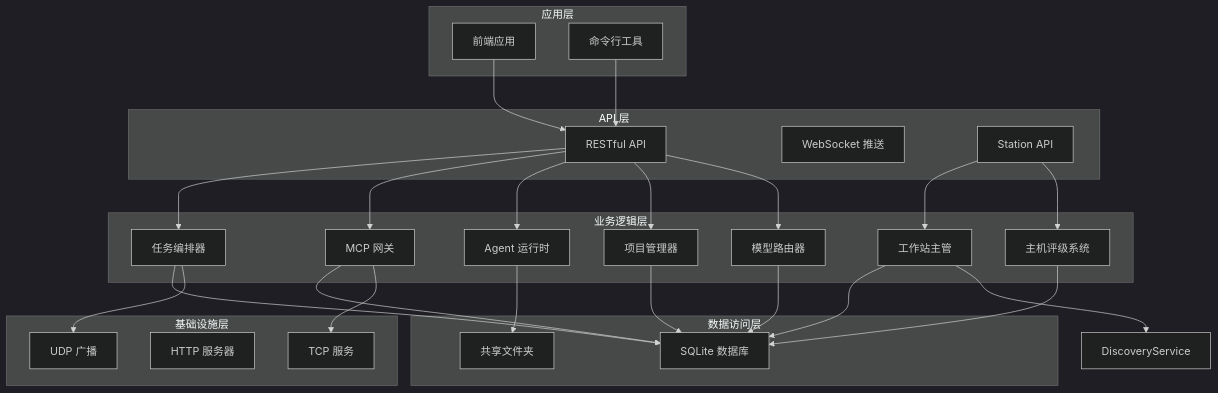
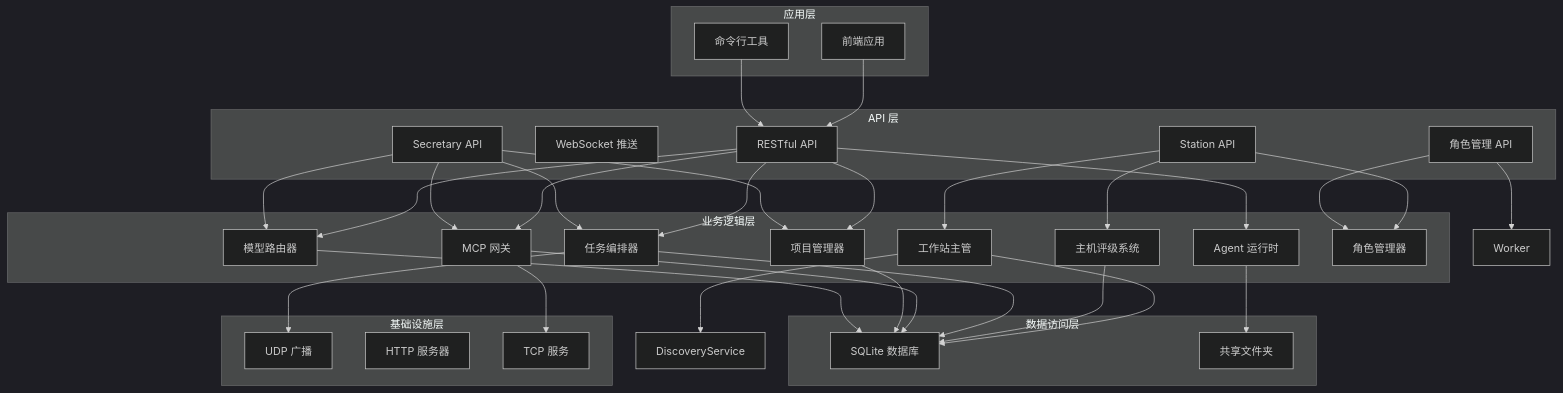
One commit to targalian/Personal-distributed-workstation changed the second of 5 diagrams in .qoder/repowiki/zh/content/Web API 接口/Web API 接口.md. Above: the diagram before and after it, drawn with Mermaid (dark theme). The commit also changed other lines of this file and 69 other files, not shown here.

````diff
--- a/.qoder/repowiki/zh/content/Web API 接口/Web API 接口.md
+++ b/.qoder/repowiki/zh/content/Web API 接口/Web API 接口.md
@@ -179,49 +195,59 @@
 ```mermaid
 graph TB
 subgraph "应用层"
 Frontend[前端应用]
 CLI[命令行工具]
 end
 subgraph "API 层"
 REST[RESTful API]
 WebSocket[WebSocket 推送]
 StationAPI[Station API]
+SecretaryAPI[Secretary API]
+RoleAPI[角色管理 API]
 end
 subgraph "业务逻辑层"
 Orchestrator[任务编排器]
 MCPGateway[MCP 网关]
 AgentRuntime[Agent 运行时]
 ProjectManager[项目管理器]
 ModelRouter[模型路由器]
 StationDirector[工作站主管]
 HostRating[主机评级系统]
+RoleManager[角色管理器]
 end
 subgraph "数据访问层"
 Database[SQLite 数据库]
 SharedFolder[共享文件夹]
 end
 subgraph "基础设施层"
 UDP[UDP 广播]
 HTTP[HTTP 服务器]
 TCP[TCP 服务]
 end
 Frontend --> REST
 CLI --> REST
 REST --> Orchestrator
 REST --> MCPGateway
 REST --> AgentRuntime
 REST --> ProjectManager
 REST --> ModelRouter
 StationAPI --> StationDirector
+StationAPI --> RoleManager
 StationAPI --> HostRating
+SecretaryAPI --> ProjectManager
+SecretaryAPI --> Orchestrator
+SecretaryAPI --> ModelRouter
+SecretaryAPI --> MCPGateway
+RoleAPI --> RoleManager
+RoleAPI --> Worker
 StationDirector --> Database
 StationDirector --> DiscoveryService
 HostRating --> Database
 Orchestrator --> Database
 MCPGateway --> Database
 AgentRuntime --> SharedFolder
 ProjectManager --> Database
 ModelRouter --> Database
 Orchestrator --> UDP
 MCPGateway --> TCP
 ```
````
